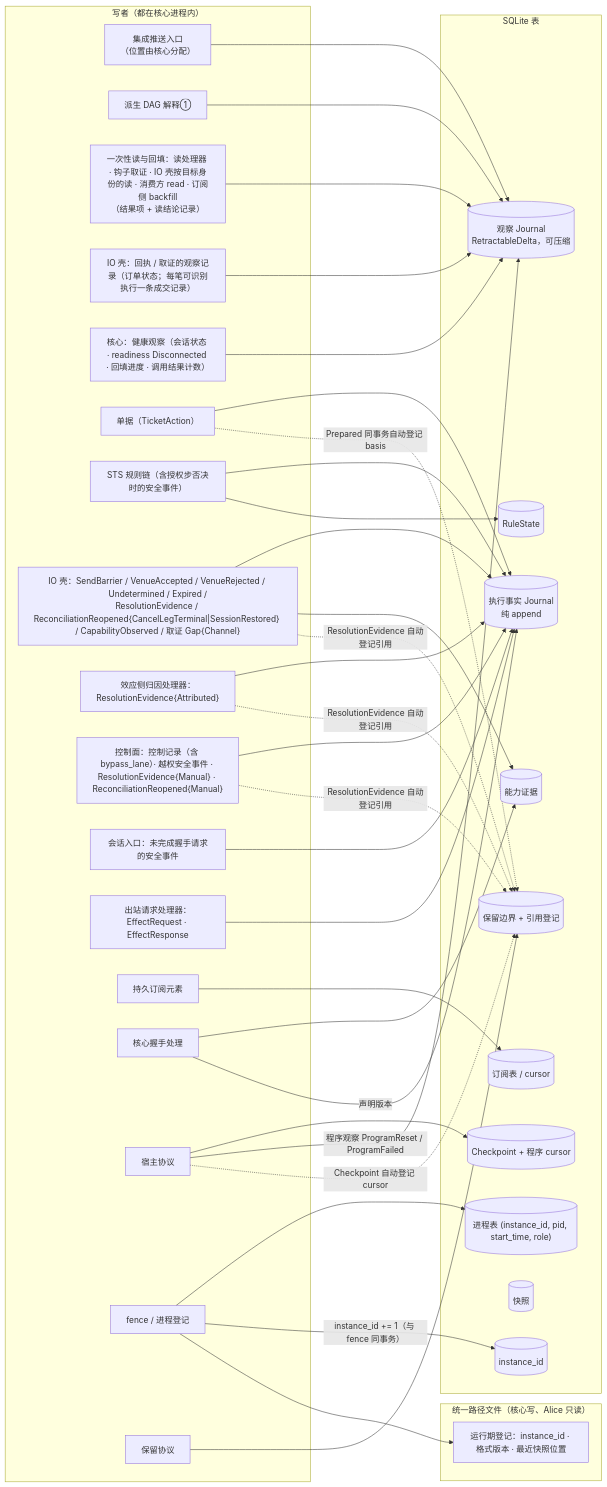
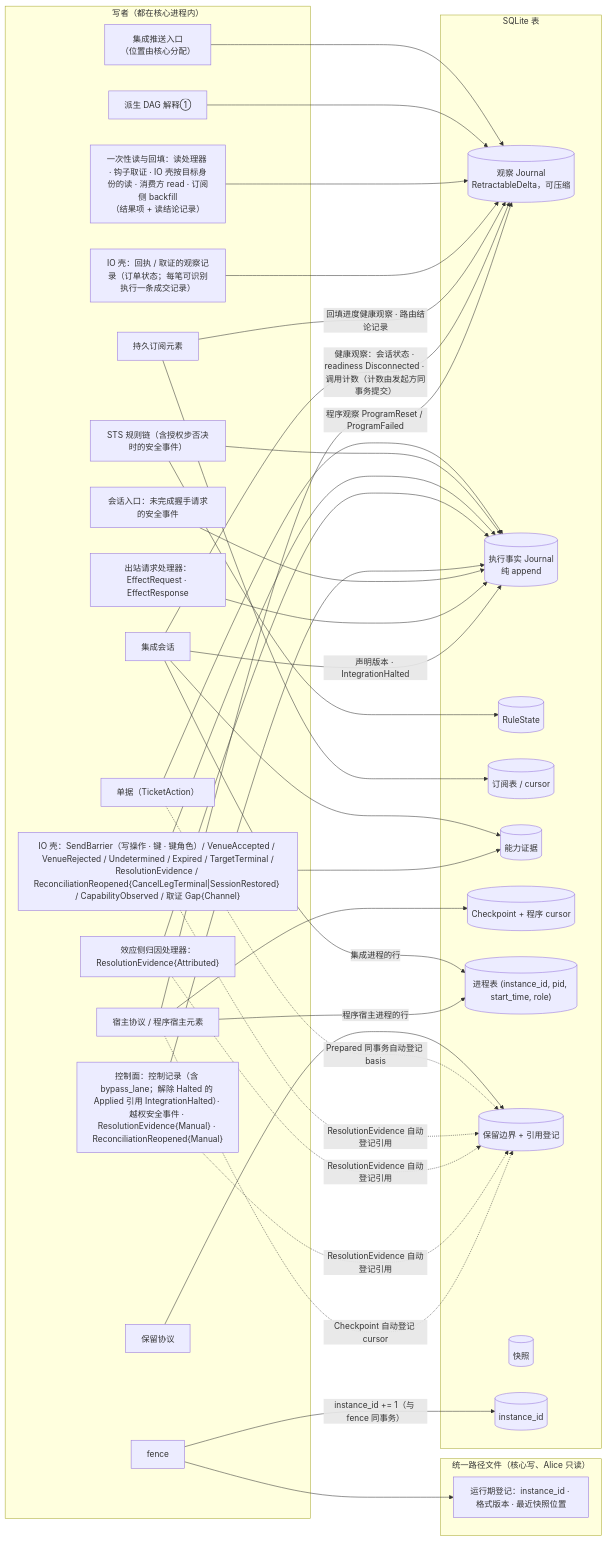
One commit to mouriya-s-lab/uta changed the fourth of 4 diagrams in design/diagrams/01-process-topology.md. Above: the diagram before and after it, drawn with Mermaid. The commit also changed other lines of this file and 14 other files, not shown here.

Commit message:
design: write/lifecycle gaps — declared leg plans for Replace with per-leg keys and channels, target-kind capability for cancel/replace/close, TargetTerminal record, Halted and counters retained, session-state ownership in uses graph

````diff
--- a/design/diagrams/01-process-topology.md
+++ b/design/diagrams/01-process-topology.md
@@ -162,65 +163,66 @@
 ```mermaid
 flowchart LR
   subgraph W["写者（都在核心进程内）"]
     PUSH["集成推送入口<br/>（位置由核心分配）"]
     DAG["派生 DAG 解释①"]
     RD["一次性读与回填：读处理器 · 钩子取证 · IO 壳按目标身份的读 · 消费方 read · 订阅侧 backfill<br/>（结果项 + 读结论记录）"]
     IOR["IO 壳：回执 / 取证的观察记录（订单状态；每笔可识别执行一条成交记录）"]
-    HLT["核心：健康观察（会话状态 · readiness Disconnected · 回填进度 · 调用结果计数）"]
     TK["单据（TicketAction）"]
     STS["STS 规则链（含授权步否决时的安全事件）"]
-    IOE["IO 壳：SendBarrier / VenueAccepted / VenueRejected / Undetermined / Expired /<br/>ResolutionEvidence / ReconciliationReopened{CancelLegTerminal|SessionRestored} / CapabilityObserved / 取证 Gap{Channel}"]
+    IOE["IO 壳：SendBarrier（写操作 · 键 · 键角色）/ VenueAccepted / VenueRejected / Undetermined / Expired / TargetTerminal /<br/>ResolutionEvidence / ReconciliationReopened{CancelLegTerminal|SessionRestored} / CapabilityObserved / 取证 Gap{Channel}"]
     ATTR["效应侧归因处理器：ResolutionEvidence{Attributed}"]
-    CTL["控制面：控制记录（含 bypass_lane）· 越权安全事件 · ResolutionEvidence{Manual} · ReconciliationReopened{Manual}"]
+    CTL["控制面：控制记录（含 bypass_lane；解除 Halted 的 Applied 引用 IntegrationHalted）· 越权安全事件 · ResolutionEvidence{Manual} · ReconciliationReopened{Manual}"]
     SESS["会话入口：未完成握手请求的安全事件"]
     OUT["出站请求处理器：EffectRequest · EffectResponse"]
     SUBEL["持久订阅元素"]
-    HS["核心握手处理"]
-    HOSTP["宿主协议"]
-    FENCE["fence / 进程登记"]
+    ISESS["集成会话"]
+    HOSTP["宿主协议 / 程序宿主元素"]
+    FENCE["fence"]
     RET["保留协议"]
   end
   subgraph T["SQLite 表"]
     OJ[("观察 Journal<br/>RetractableDelta，可压缩")]
     EJ[("执行事实 Journal<br/>纯 append")]
     RS[("RuleState")]
     SUB[("订阅表 / cursor")]
     CAP[("能力证据")]
     CK[("Checkpoint + 程序 cursor")]
     PT[("进程表 (instance_id, pid, start_time, role)")]
     RB[("保留边界 + 引用登记")]
     SN[("快照")]
     IID[("instance_id")]
   end
   subgraph F["统一路径文件（核心写、Alice 只读）"]
     RUN["运行期登记：instance_id · 格式版本 · 最近快照位置"]
   end
   PUSH --> OJ
   DAG --> OJ
   RD --> OJ
   IOR --> OJ
-  HLT --> OJ
   TK --> EJ
   STS --> EJ
   STS --> RS
   IOE --> EJ
   ATTR --> EJ
   CTL --> EJ
   SESS --> EJ
   OUT --> EJ
   SUBEL --> SUB
-  HS --> CAP
-  HS -->|"声明版本"| EJ
+  SUBEL -->|"回填进度健康观察 · 路由结论记录"| OJ
+  ISESS --> CAP
+  ISESS -->|"声明版本 · IntegrationHalted"| EJ
+  ISESS -->|"集成进程的行"| PT
+  ISESS -->|"健康观察：会话状态 · readiness Disconnected · 调用计数（计数由发起方同事务提交）"| OJ
+  HOSTP -->|"程序宿主进程的行"| PT
   IOE --> CAP
   HOSTP --> CK
   HOSTP -->|"程序观察 ProgramReset / ProgramFailed"| OJ
-  FENCE --> PT
   FENCE -->|"instance_id += 1（与 fence 同事务）"| IID
   FENCE --> RUN
   RET --> RB
   TK -.->|"Prepared 同事务自动登记 basis"| RB
   IOE -.->|"ResolutionEvidence 自动登记引用"| RB
   ATTR -.->|"ResolutionEvidence 自动登记引用"| RB
   CTL -.->|"ResolutionEvidence 自动登记引用"| RB
   HOSTP -.->|"Checkpoint 自动登记 cursor"| RB
 ```
````
